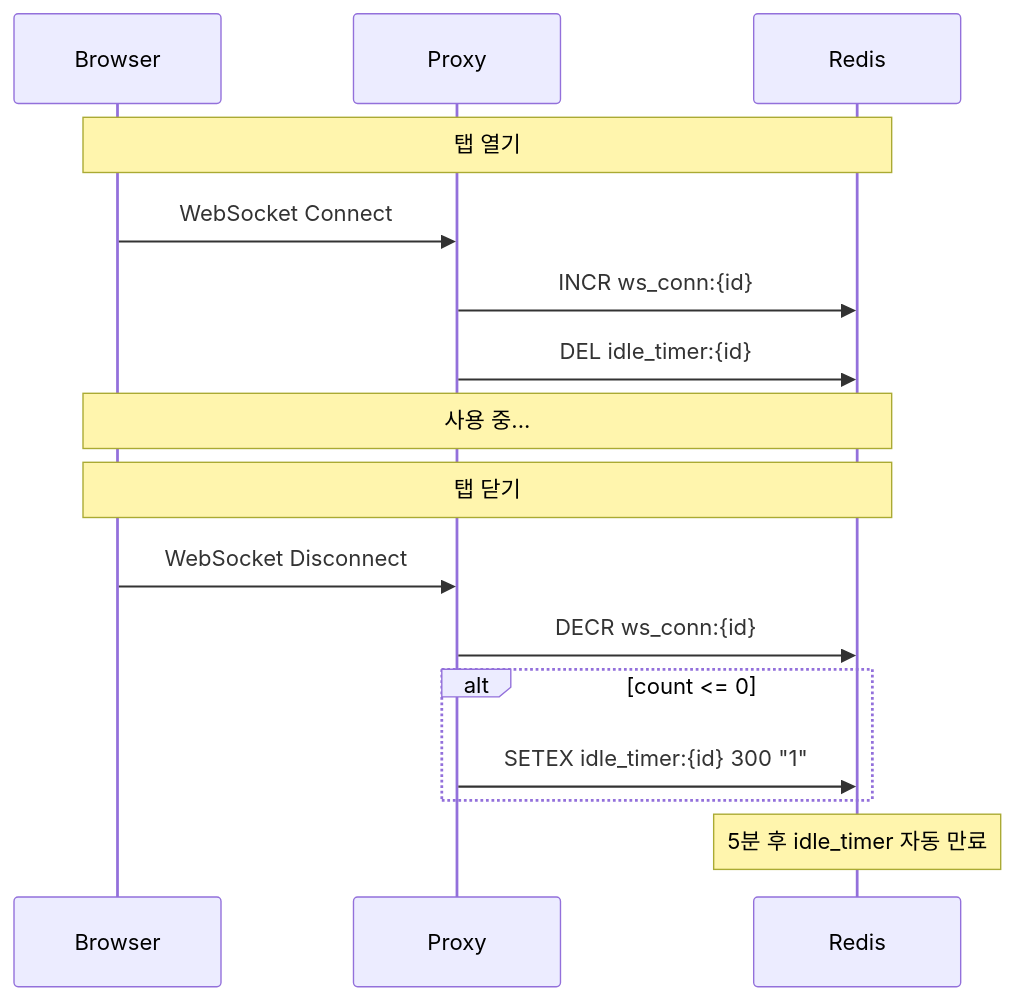
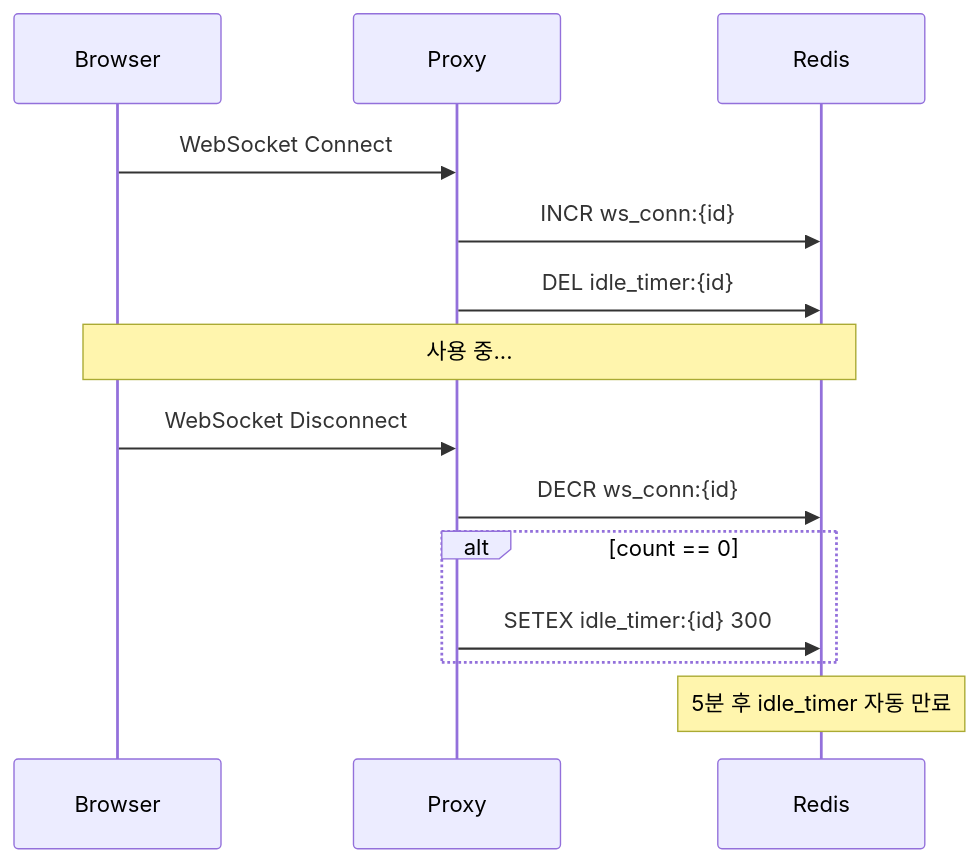
Before and after one commit to cagojeiger/code-hub: the diagram in docs/spec_v2/activity.md, drawn with Mermaid. The commit also changed other lines of this file and 14 other files, not shown here.

````diff
--- a/docs/spec_v2/activity.md
+++ b/docs/spec_v2/activity.md
@@ -88,22 +45,20 @@
 ```mermaid
 sequenceDiagram
     participant B as Browser
     participant P as Proxy
     participant R as Redis
 
-    Note over B,R: 탭 열기
     B->>P: WebSocket Connect
     P->>R: INCR ws_conn:{id}
     P->>R: DEL idle_timer:{id}
 
     Note over B,R: 사용 중...
 
-    Note over B,R: 탭 닫기
     B->>P: WebSocket Disconnect
     P->>R: DECR ws_conn:{id}
-    alt count <= 0
-        P->>R: SETEX idle_timer:{id} 300 "1"
+    alt count == 0
+        P->>R: SETEX idle_timer:{id} 300
     end
 
     Note over R: 5분 후 idle_timer 자동 만료
 ```
````
